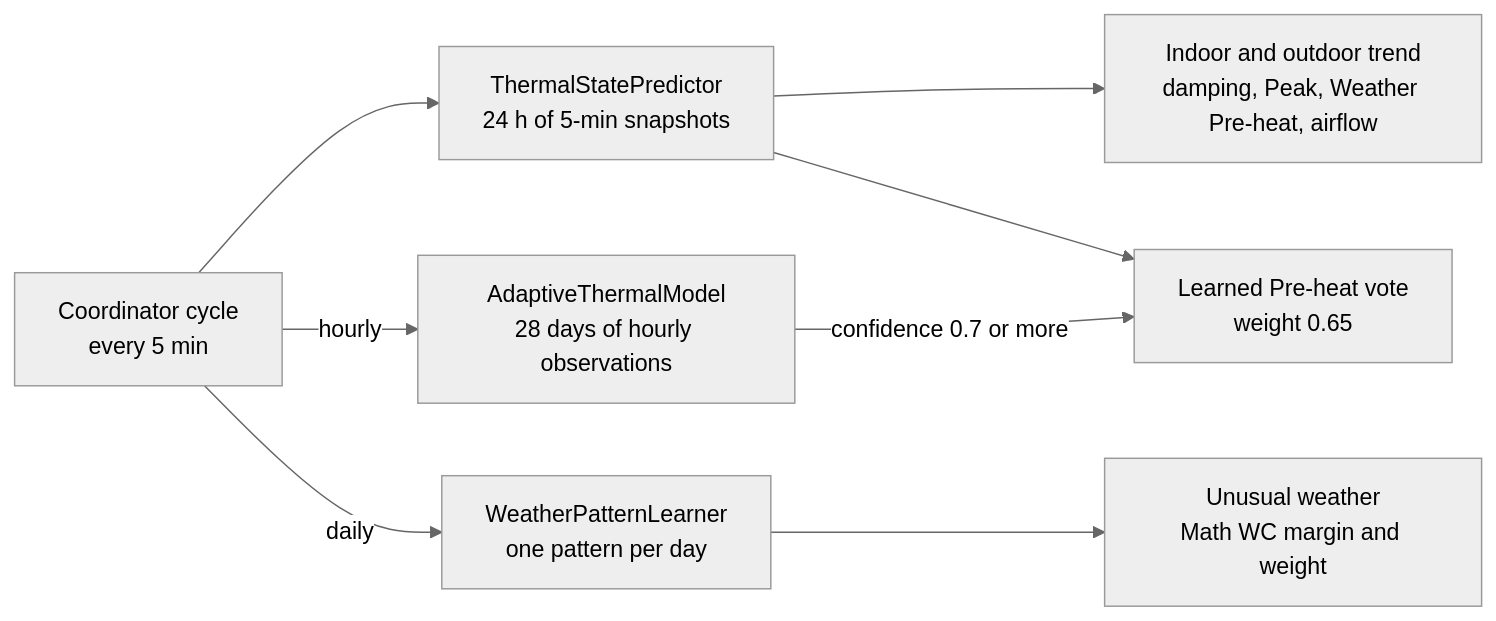
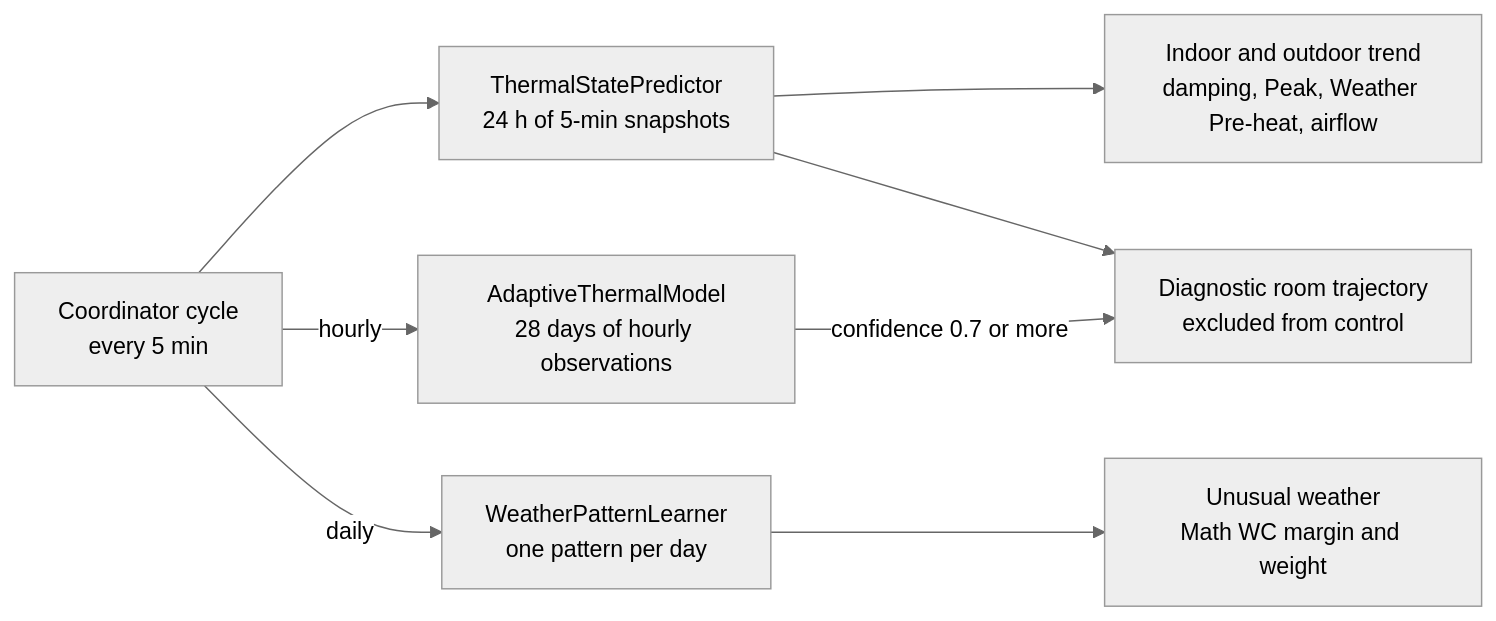
Before and after one commit to enoch85/EffektGuard: the diagram in docs/architecture/06_learning_integration.md, drawn with Mermaid (neutral theme). The commit also changed other lines of this file and 5 other files, not shown here.

Commit message:
An unvalidated room forecast cannot request heat

````diff
--- a/docs/architecture/06_learning_integration.md
+++ b/docs/architecture/06_learning_integration.md
@@ -7,11 +6,11 @@
 ```mermaid
 flowchart LR
     C["Coordinator cycle<br/>every 5 min"]
     C --> P["ThermalStatePredictor<br/>24 h of 5-min snapshots"]
     C -->|hourly| A["AdaptiveThermalModel<br/>28 days of hourly observations"]
     C -->|daily| W["WeatherPatternLearner<br/>one pattern per day"]
     P --> T["Indoor and outdoor trend<br/>damping, Peak, Weather Pre-heat, airflow"]
-    P --> L["Learned Pre-heat vote<br/>weight 0.65"]
+    P --> L["Diagnostic room trajectory<br/>excluded from control"]
     A -->|confidence 0.7 or more| L
     W --> U["Unusual weather<br/>Math WC margin and weight"]
 ```
````
